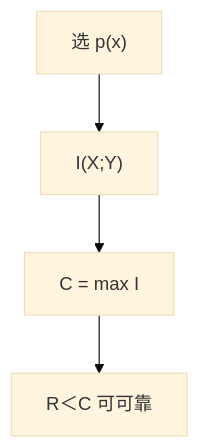
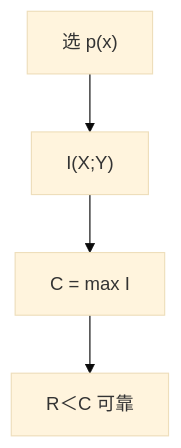
One commit to xhongduo-tech/xhongduo-tech.github.io changed the first of 2 diagrams in docs/cs/channel-capacity.md. Above: the diagram before and after it, drawn with Mermaid (base theme). The commit also changed 5 other files, not shown here.

````diff
--- a/docs/cs/channel-capacity.md
+++ b/docs/cs/channel-capacity.md
@@ -32,6 +32,6 @@
 ```mermaid
 flowchart TD
   PX["选 p(x)"] --> IXY["I(X;Y)"]
   IXY --> C["C = max I"]
-  C --> THM["R＜C 可可靠"]
+  C --> THM["R＜C 可靠"]
 ```
````
